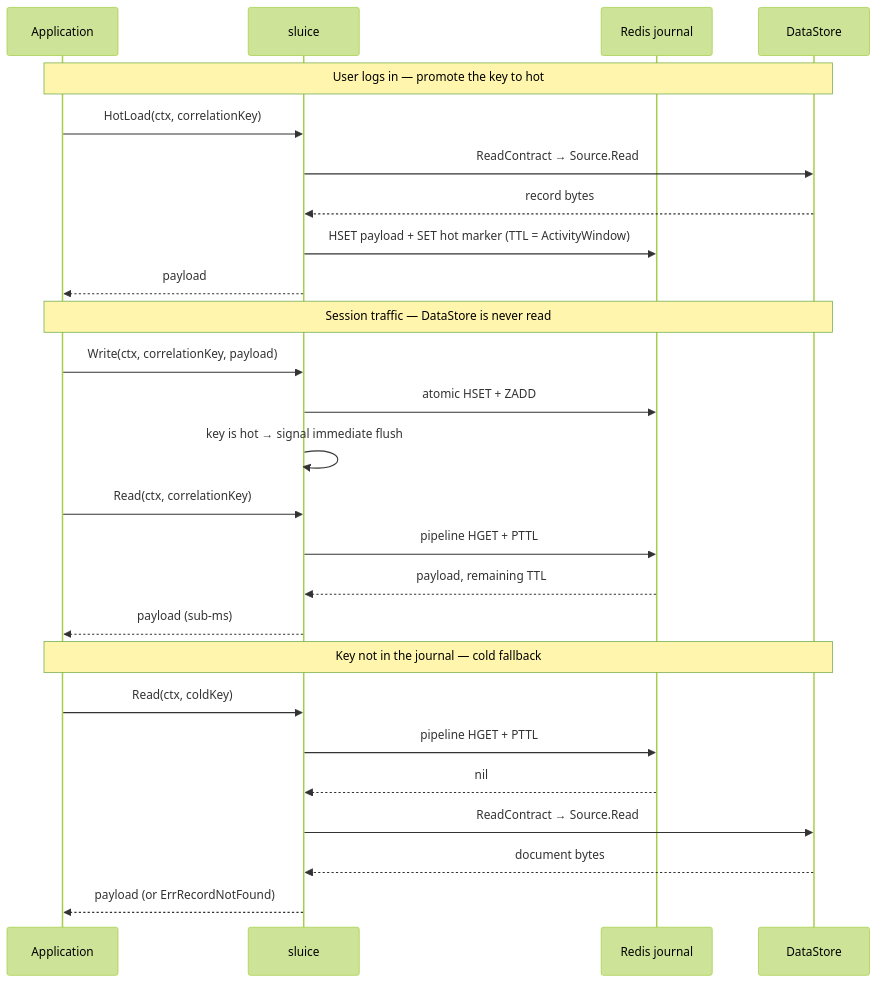
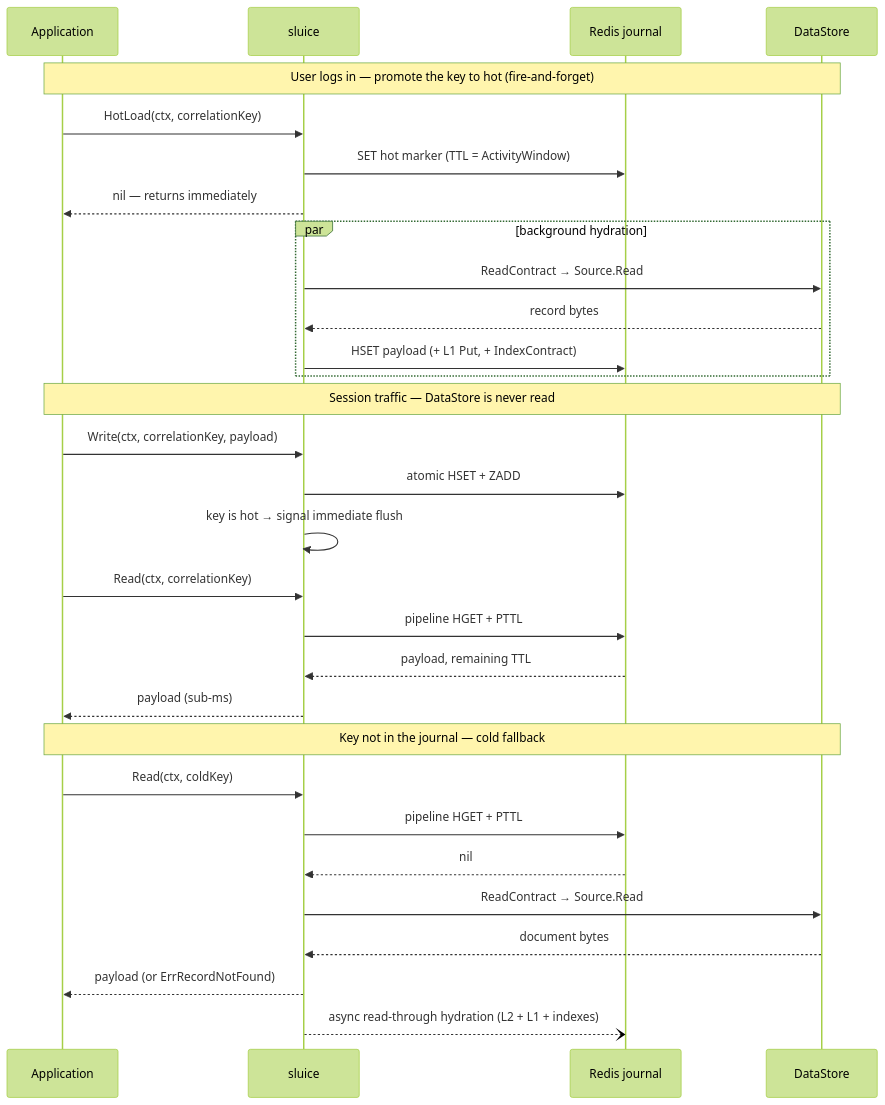
One commit to hussainpithawala/sluice-go changed the seventh of 16 diagrams in README.md. Above: the diagram before and after it, drawn with Mermaid (forest theme). The commit also changed other lines of this file and 1 other file, not shown here.

First line of the commit message:
chore(docs): update CHANGELOG and README for v1.0.8 bulk read and hydration features

````diff
--- a/README.md
+++ b/README.md
@@ -245,31 +248,35 @@
 ```mermaid
 sequenceDiagram
     participant A as Application
     participant S as sluice
     participant R as Redis journal
     participant D as DataStore
 
-    Note over A,D: User logs in — promote the key to hot
+    Note over A,D: User logs in — promote the key to hot (fire-and-forget)
     A->>S: HotLoad(ctx, correlationKey)
-    S->>D: ReadContract → Source.Read
-    D-->>S: record bytes
-    S->>R: HSET payload + SET hot marker (TTL = ActivityWindow)
-    S-->>A: payload
+    S->>R: SET hot marker (TTL = ActivityWindow)
+    S-->>A: nil — returns immediately
+    par background hydration
+        S->>D: ReadContract → Source.Read
+        D-->>S: record bytes
+        S->>R: HSET payload (+ L1 Put, + IndexContract)
+    end
 
     Note over A,D: Session traffic — DataStore is never read
     A->>S: Write(ctx, correlationKey, payload)
     S->>R: atomic HSET + ZADD
     S->>S: key is hot → signal immediate flush
     A->>S: Read(ctx, correlationKey)
     S->>R: pipeline HGET + PTTL
     R-->>S: payload, remaining TTL
     S-->>A: payload (sub-ms)
 
     Note over A,D: Key not in the journal — cold fallback
     A->>S: Read(ctx, coldKey)
     S->>R: pipeline HGET + PTTL
     R-->>S: nil
     S->>D: ReadContract → Source.Read
     D-->>S: document bytes
     S-->>A: payload (or ErrRecordNotFound)
+    S--)R: async read-through hydration (L2 + L1 + indexes)
 ```
````
